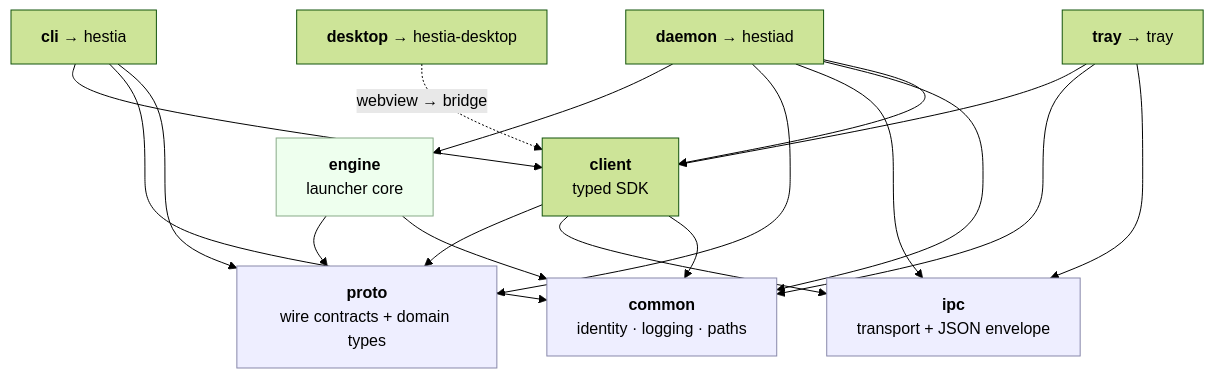
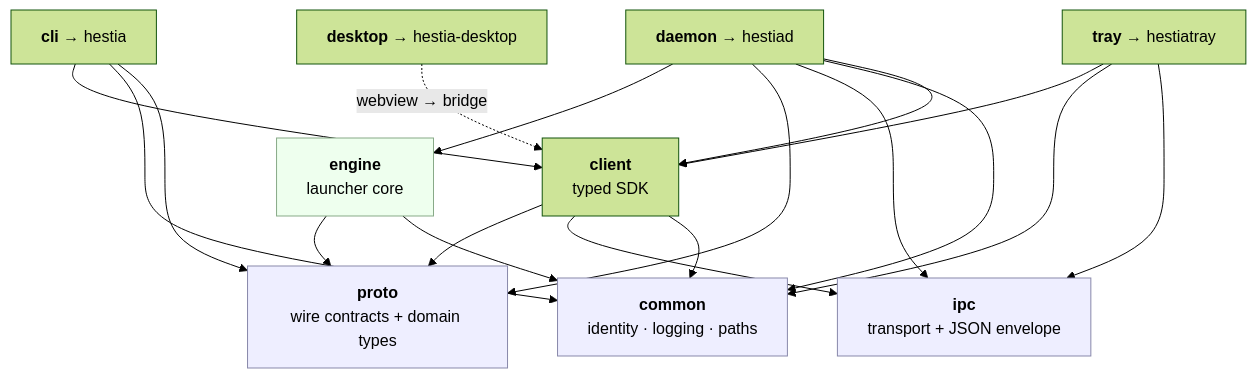
The second of 3 diagrams in docs/architecture.md (toraaoo/hestia), drawn with Mermaid (forest theme) before and after one commit. The commit also changed other lines of this file and 13 other files, not shown here.

````diff
--- a/docs/architecture.md
+++ b/docs/architecture.md
@@ -71,24 +71,24 @@
 ```mermaid
 flowchart TD
     proto["<b>proto</b><br/>wire contracts + domain types"]
     ipc["<b>ipc</b><br/>transport + JSON envelope"]
     common["<b>common</b><br/>identity · logging · paths"]
     client["<b>client</b><br/>typed SDK"]
     engine["<b>engine</b><br/>launcher core"]
     cli["<b>cli</b> → hestia"]
     daemon["<b>daemon</b> → hestiad"]
     desktop["<b>desktop</b> → hestia-desktop"]
-    tray["<b>tray</b> → tray"]
+    tray["<b>tray</b> → hestiatray"]
 
     client --> proto & ipc & common
     engine --> proto & common
     cli --> client & common & proto
     daemon --> engine & proto & ipc & common & client
     tray --> client & common & ipc
     desktop -.->|"webview → bridge"| client
 
     classDef leaf fill:#eef,stroke:#88a
     classDef core fill:#efe,stroke:#8a8
     class proto,ipc,common leaf
     class engine core
 ```
````
